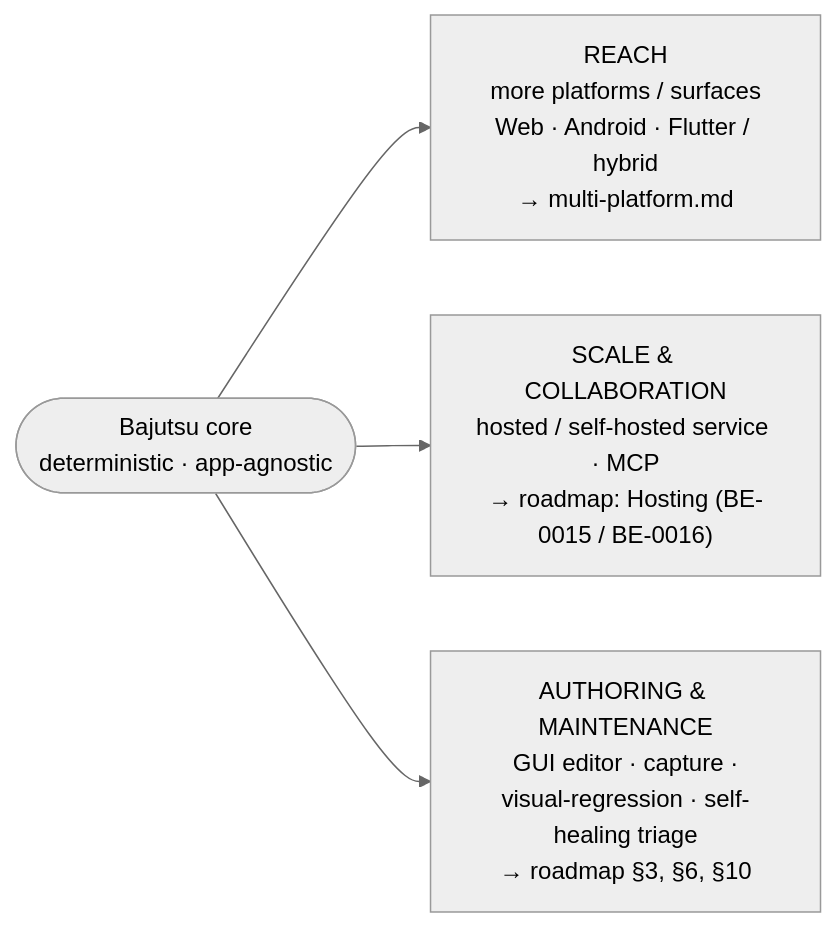
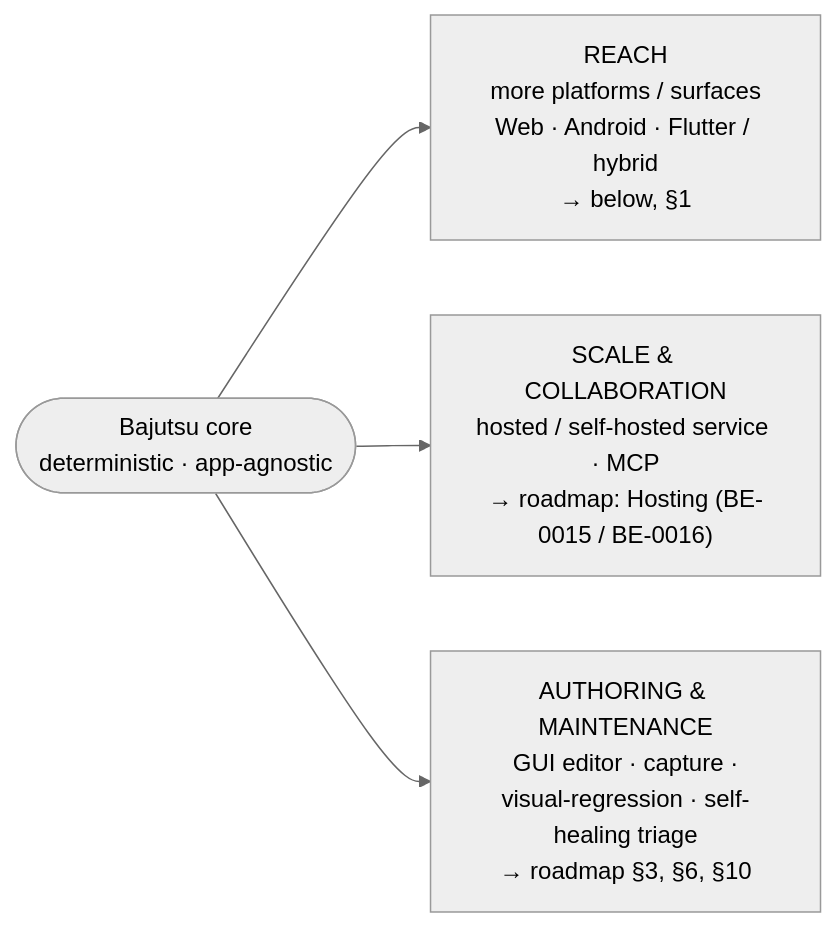
The diagram in docs/vision.md (bajutsu-e2e/bajutsu), drawn with Mermaid (neutral theme) before and after one commit. The commit also changed other lines of this file and 14 other files, not shown here.

````diff
--- a/docs/vision.md
+++ b/docs/vision.md
@@ -46,12 +47,12 @@
 ```mermaid
 flowchart LR
     core(["Bajutsu core<br/>deterministic · app-agnostic"])
 
-    reach["REACH<br/>more platforms / surfaces<br/>Web · Android · Flutter / hybrid<br/>→ multi-platform.md"]
+    reach["REACH<br/>more platforms / surfaces<br/>Web · Android · Flutter / hybrid<br/>→ below, §1"]
     scale["SCALE &amp; COLLABORATION<br/>hosted / self-hosted service · MCP<br/>→ roadmap: Hosting (BE-0015 / BE-0016)"]
     authoring["AUTHORING &amp; MAINTENANCE<br/>GUI editor · capture ·<br/>visual-regression · self-healing triage<br/>→ roadmap §3, §6, §10"]
 
     core --> reach
     core --> scale
     core --> authoring
 ```
````
